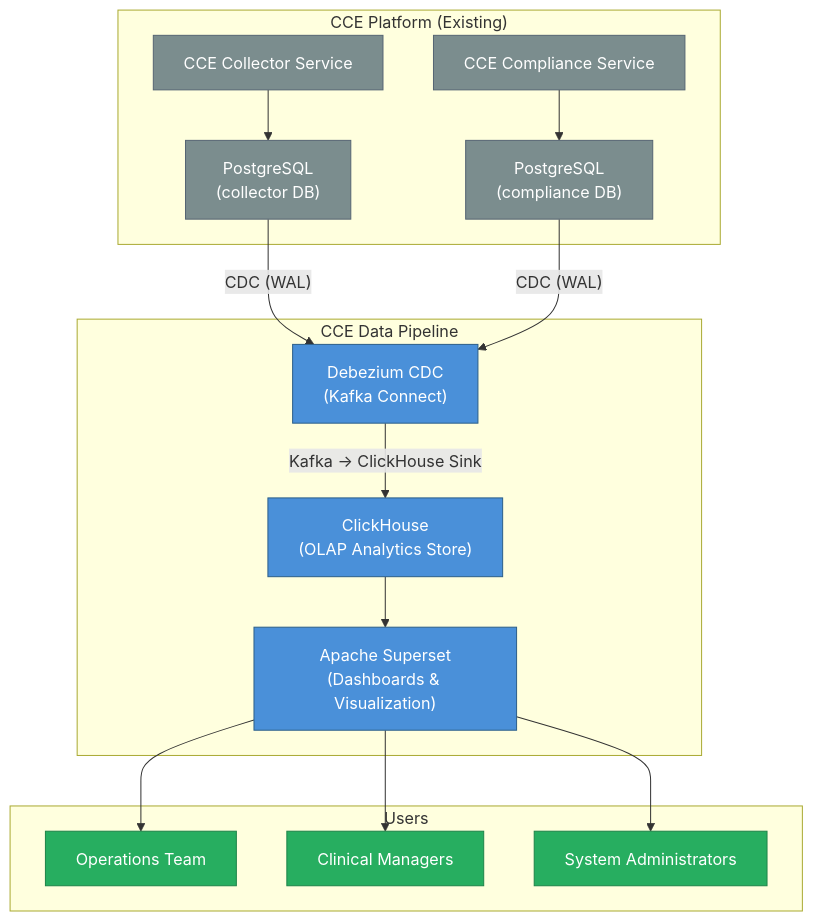
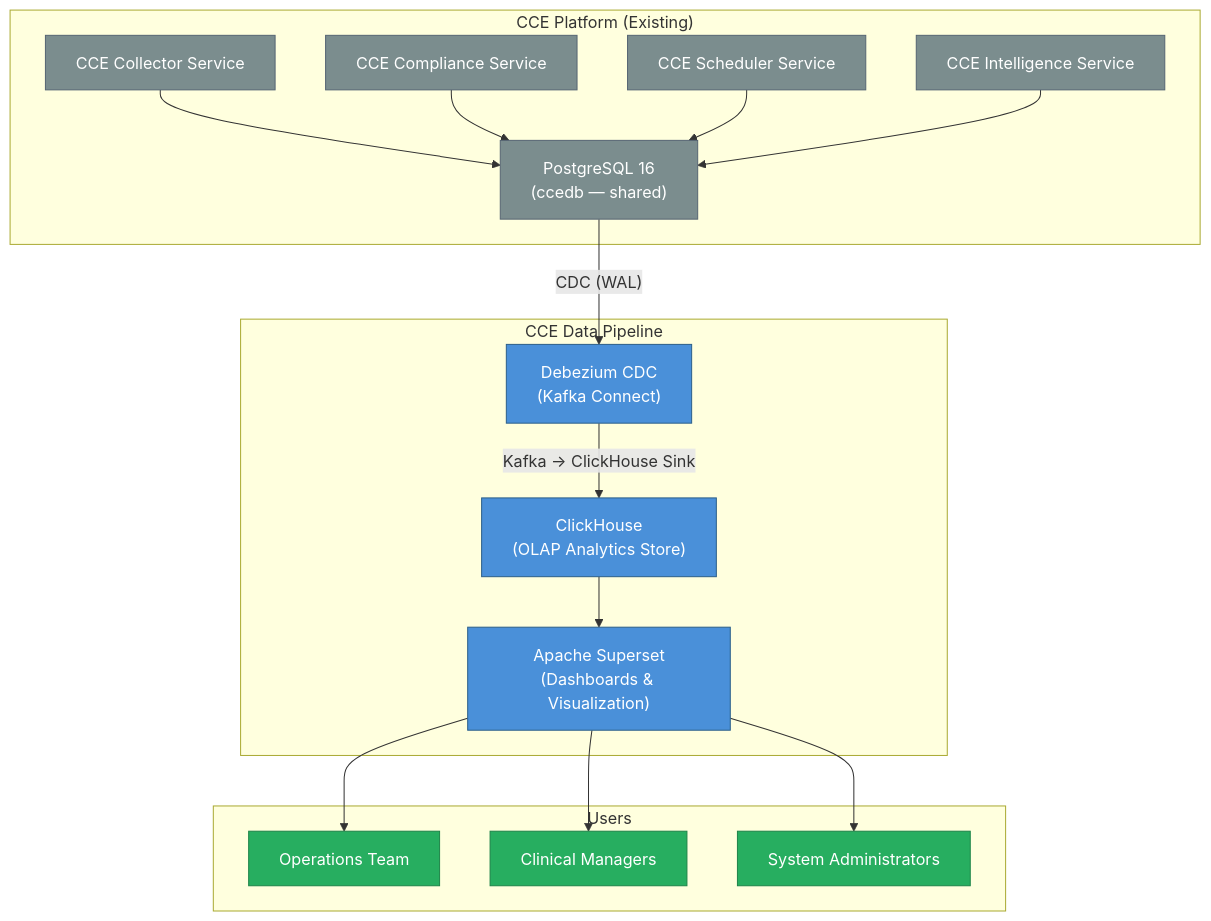
Before and after one commit to Jayaprakash8887/cce-data-pipeline: the first of 2 diagrams in docs/architecture-overview.md, drawn with Mermaid. The commit also changed other lines of this file and 9 other files, not shown here.

Commit message:
docs: update documentation for CDC architecture and ClickHouse integration, including table ownership and materialized views

````diff
--- a/docs/architecture-overview.md
+++ b/docs/architecture-overview.md
@@ -19,41 +19,43 @@
 ```mermaid
 graph TB
     subgraph Existing["CCE Platform (Existing)"]
         COLLECTOR["CCE Collector Service"]
         COMPLIANCE["CCE Compliance Service"]
-        PG_COLLECTOR["PostgreSQL<br/>(collector DB)"]
-        PG_COMPLIANCE["PostgreSQL<br/>(compliance DB)"]
+        SCHEDULER["CCE Scheduler Service"]
+        INTELLIGENCE["CCE Intelligence Service"]
+        PG["PostgreSQL 16<br/>(ccedb — shared)"]
     end
 
     subgraph Pipeline["CCE Data Pipeline"]
         DEBEZIUM["Debezium CDC<br/>(Kafka Connect)"]
         CLICKHOUSE["ClickHouse<br/>(OLAP Analytics Store)"]
         SUPERSET["Apache Superset<br/>(Dashboards & Visualization)"]
     end
 
     subgraph Users
         OPS["Operations Team"]
         CLINICAL["Clinical Managers"]
         ADMIN["System Administrators"]
     end
 
-    COLLECTOR --> PG_COLLECTOR
-    COMPLIANCE --> PG_COMPLIANCE
+    COLLECTOR --> PG
+    COMPLIANCE --> PG
+    SCHEDULER --> PG
+    INTELLIGENCE --> PG
 
-    PG_COLLECTOR -->|"CDC (WAL)"| DEBEZIUM
-    PG_COMPLIANCE -->|"CDC (WAL)"| DEBEZIUM
+    PG -->|"CDC (WAL)"| DEBEZIUM
     DEBEZIUM -->|"Kafka → ClickHouse Sink"| CLICKHOUSE
     CLICKHOUSE --> SUPERSET
 
     SUPERSET --> OPS
     SUPERSET --> CLINICAL
     SUPERSET --> ADMIN
 
     classDef existing fill:#7B8D8E,stroke:#566573,color:white
     classDef pipeline fill:#4A90D9,stroke:#2C5F8A,color:white
     classDef users fill:#27AE60,stroke:#1E8449,color:white
 
-    class COLLECTOR,COMPLIANCE,PG_COLLECTOR,PG_COMPLIANCE existing
+    class COLLECTOR,COMPLIANCE,SCHEDULER,INTELLIGENCE,PG existing
     class DEBEZIUM,CLICKHOUSE,SUPERSET pipeline
     class OPS,CLINICAL,ADMIN users
 ```
````
